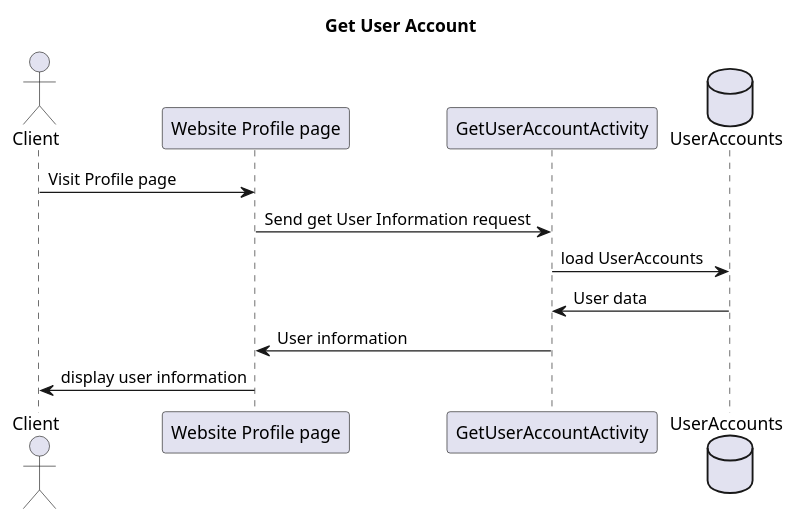
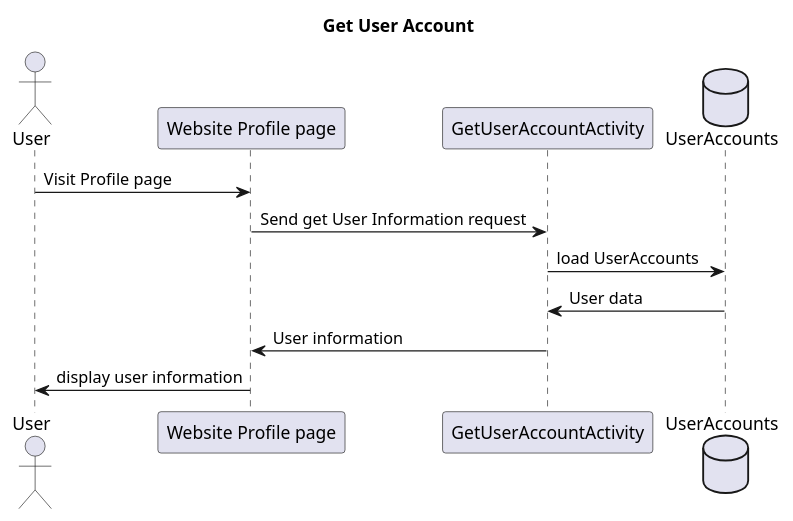
The diagram in project_documents/SequenceDiagrams/GetUserAccount.puml (BloomTechBackend/bd-team-project-support-zebra), drawn with PlantUML before and after one commit. The commit also changed 7 other files, not shown here.

Commit message:
added design document image and edited sequence diagram

```diff
--- a/project_documents/SequenceDiagrams/GetUserAccount.puml
+++ b/project_documents/SequenceDiagrams/GetUserAccount.puml
@@ -1,16 +1,16 @@
 @startuml
 'https://plantuml.com/sequence-diagram
 
 title Get User Account
-actor Client as c
+actor User as c
 participant "Website Profile page" as wrp
 participant GetUserAccountActivity as cua
 database UserAccounts
 
 c -> wrp: Visit Profile page
 wrp -> cua: Send get User Information request
 cua -> UserAccounts: load UserAccounts
 cua <- UserAccounts: User data
 cua -> wrp: User information
 wrp -> c: display user information
 @enduml
```
